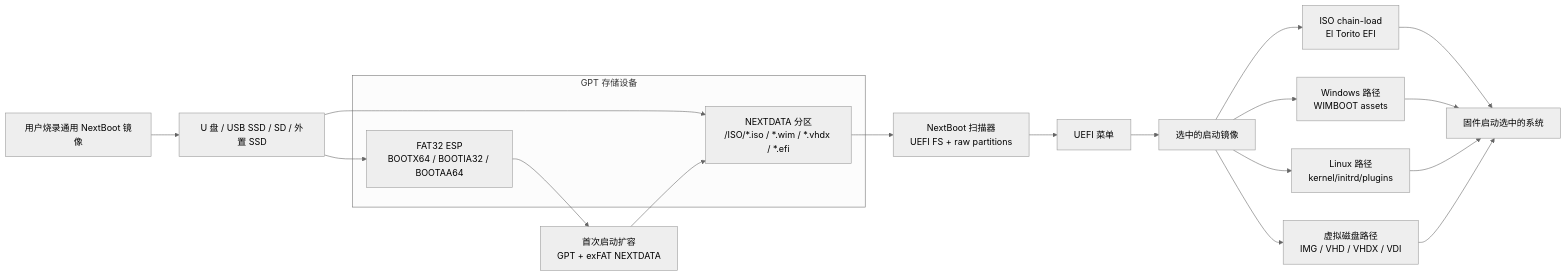
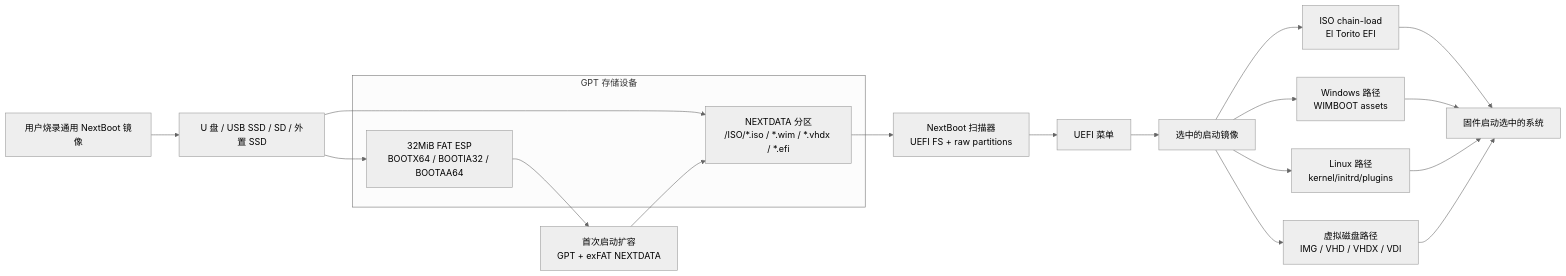
Before and after one commit to tianrking/NextBoot: the diagram in README.zh-CN.md, drawn with Mermaid (neutral theme). The commit also changed other lines of this file and 24 other files, not shown here.

````diff
--- a/README.zh-CN.md
+++ b/README.zh-CN.md
@@ -99,26 +101,26 @@
 ```mermaid
 flowchart LR
   User["用户烧录通用 NextBoot 镜像"] --> Media["U 盘 / USB SSD / SD / 外置 SSD"]
 
   subgraph Disk["GPT 存储设备"]
-    ESP["FAT32 ESP<br/>BOOTX64 / BOOTIA32 / BOOTAA64"]
+    ESP["32MiB FAT ESP<br/>BOOTX64 / BOOTIA32 / BOOTAA64"]
     DATA["NEXTDATA 分区<br/>/ISO/*.iso / *.wim / *.vhdx / *.efi"]
   end
 
   Media --> ESP
   Media --> DATA
   ESP --> Grow["首次启动扩容<br/>GPT + exFAT NEXTDATA"]
   Grow --> DATA
   DATA --> Scan["NextBoot 扫描器<br/>UEFI FS + raw partitions"]
   Scan --> Menu["UEFI 菜单"]
   Menu --> Choice["选中的启动镜像"]
   Choice --> ISO["ISO chain-load<br/>El Torito EFI"]
   Choice --> Windows["Windows 路径<br/>WIMBOOT assets"]
   Choice --> Linux["Linux 路径<br/>kernel/initrd/plugins"]
   Choice --> VDisk["虚拟磁盘路径<br/>IMG / VHD / VHDX / VDI"]
 
   ISO --> Firmware["固件启动选中的系统"]
   Windows --> Firmware
   Linux --> Firmware
   VDisk --> Firmware
 ```
````
